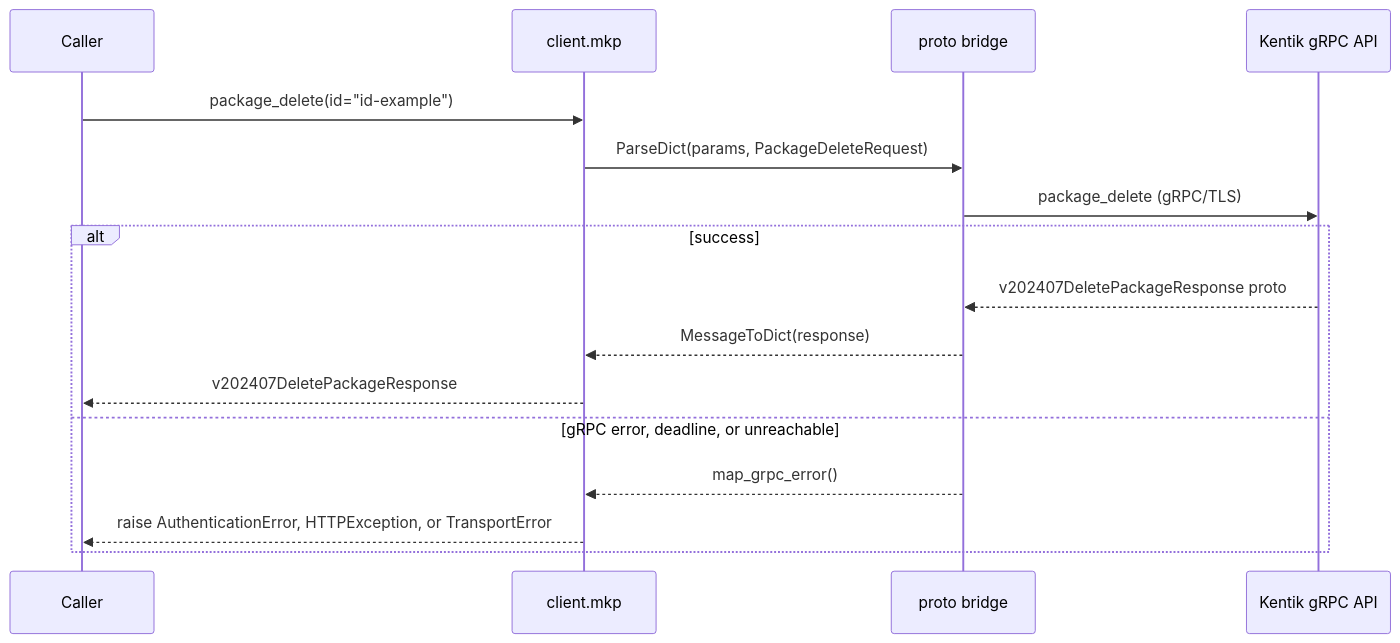
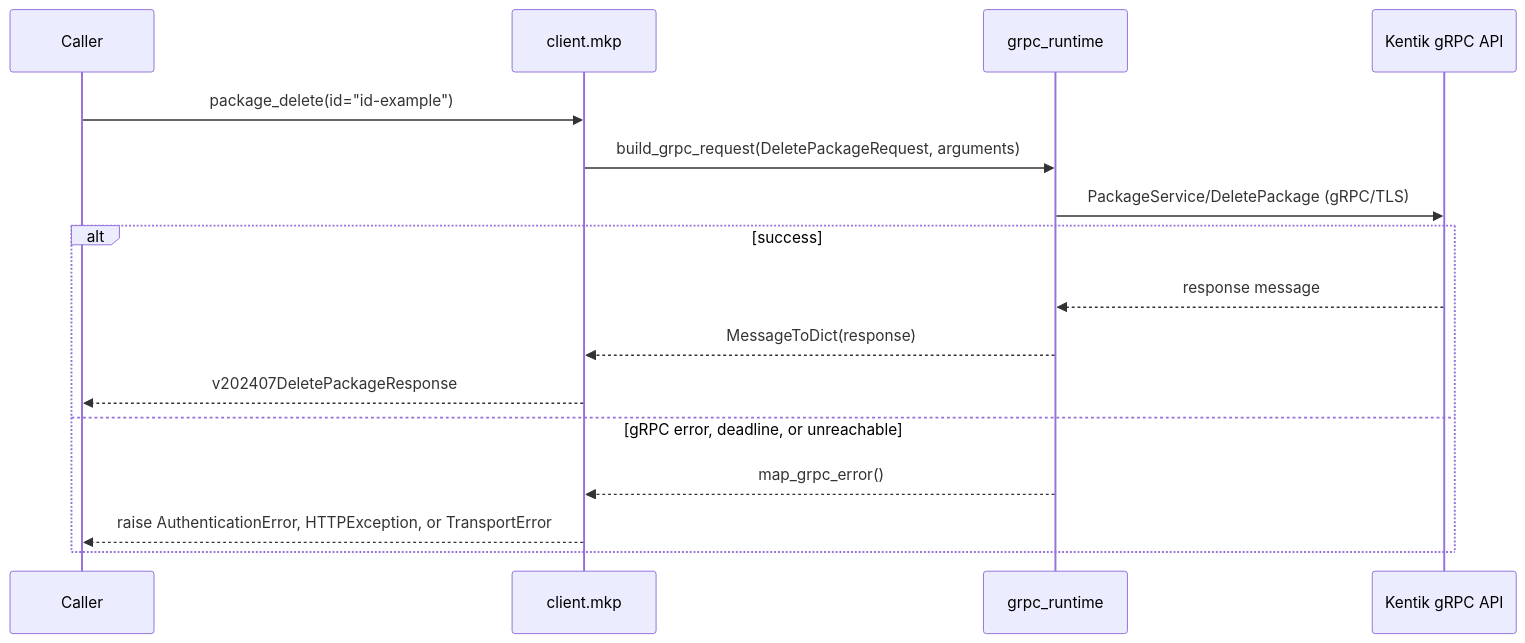
Diagram 11 of 30 in docs/sphinx/services/mkp.md (alexdearaujo/community_sdk_python), drawn with Mermaid before and after one commit. The commit also changed other lines of this file and 37 other files, not shown here.

First line of the commit message:
docs: show the real RPC in each service page's gRPC diagram

````diff
--- a/docs/sphinx/services/mkp.md
+++ b/docs/sphinx/services/mkp.md
@@ -359,19 +359,19 @@
 ```mermaid
 sequenceDiagram
     participant C as Caller
     participant W as client.mkp
-    participant B as proto bridge
+    participant R as grpc_runtime
     participant API as Kentik gRPC API
 
     C->>W: package_delete(id="id-example")
-    W->>B: ParseDict(params, PackageDeleteRequest)
-    B->>API: package_delete (gRPC/TLS)
+    W->>R: build_grpc_request(DeletePackageRequest, arguments)
+    R->>API: PackageService/DeletePackage (gRPC/TLS)
     alt success
-        API-->>B: v202407DeletePackageResponse proto
-        B-->>W: MessageToDict(response)
+        API-->>R: response message
+        R-->>W: MessageToDict(response)
         W-->>C: v202407DeletePackageResponse
     else gRPC error, deadline, or unreachable
-        B-->>W: map_grpc_error()
+        R-->>W: map_grpc_error()
         W-->>C: raise AuthenticationError, HTTPException, or TransportError
     end
 ```
````
